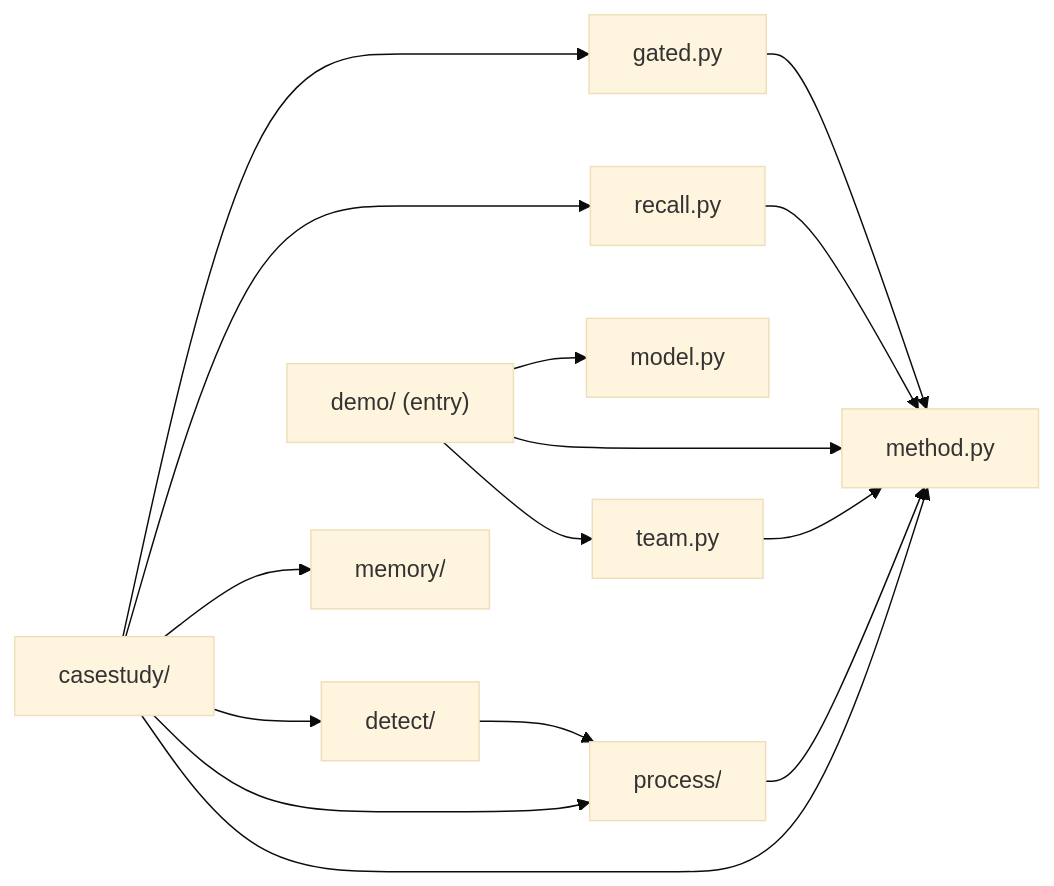
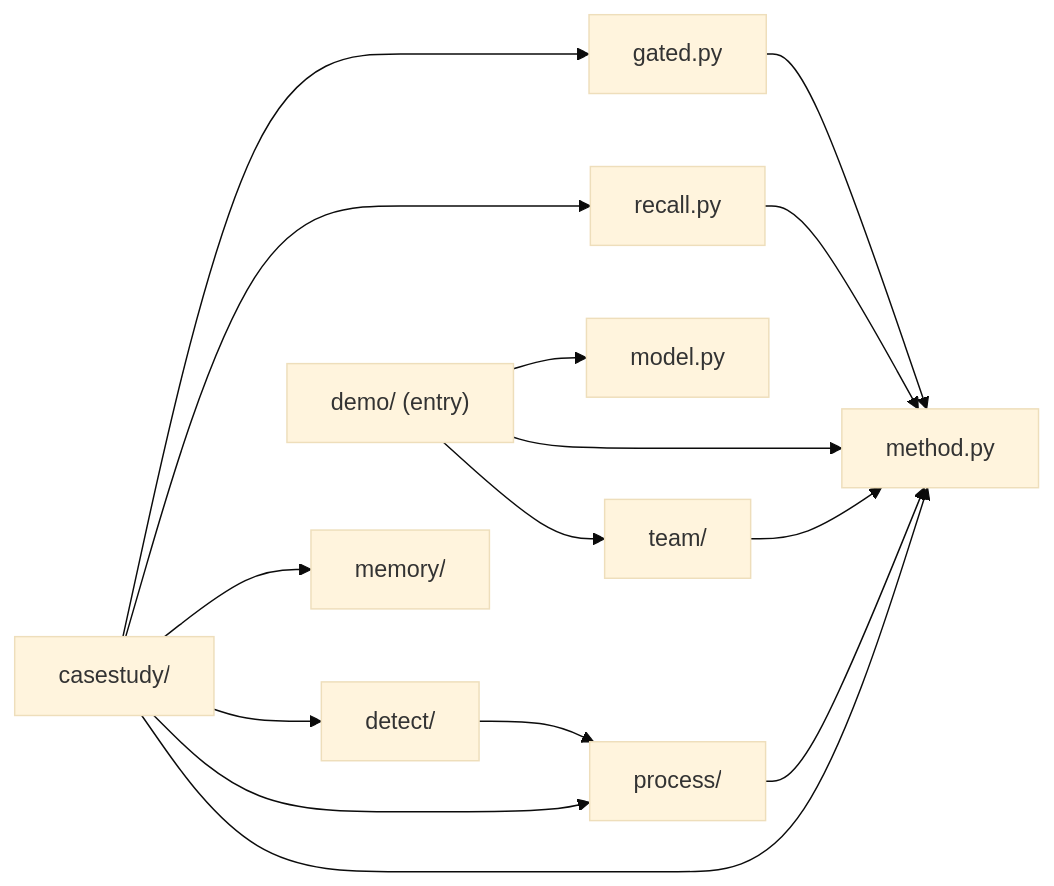
The diagram in docs/architecture/system-overview.md (theagenticguy/pneuma), drawn with Mermaid (base theme) before and after one commit. The commit also changed other lines of this file and 18 other files, not shown here.

````diff
--- a/docs/architecture/system-overview.md
+++ b/docs/architecture/system-overview.md
@@ -31,28 +31,28 @@
 ```mermaid
 flowchart LR
     method["method.py"]
     gated["gated.py"]
     recall["recall.py"]
-    team["team.py"]
+    team["team/"]
     model["model.py"]
     process["process/"]
     detect["detect/"]
     memory["memory/"]
     casestudy["casestudy/"]
     demo["demo/ (entry)"]
 
     gated --> method
     recall --> method
     team --> method
     process --> method
     detect --> process
     casestudy --> method
     casestudy --> process
     casestudy --> detect
     casestudy --> memory
     casestudy --> recall
     casestudy --> gated
     demo --> team
     demo --> method
     demo --> model
 ```
````
